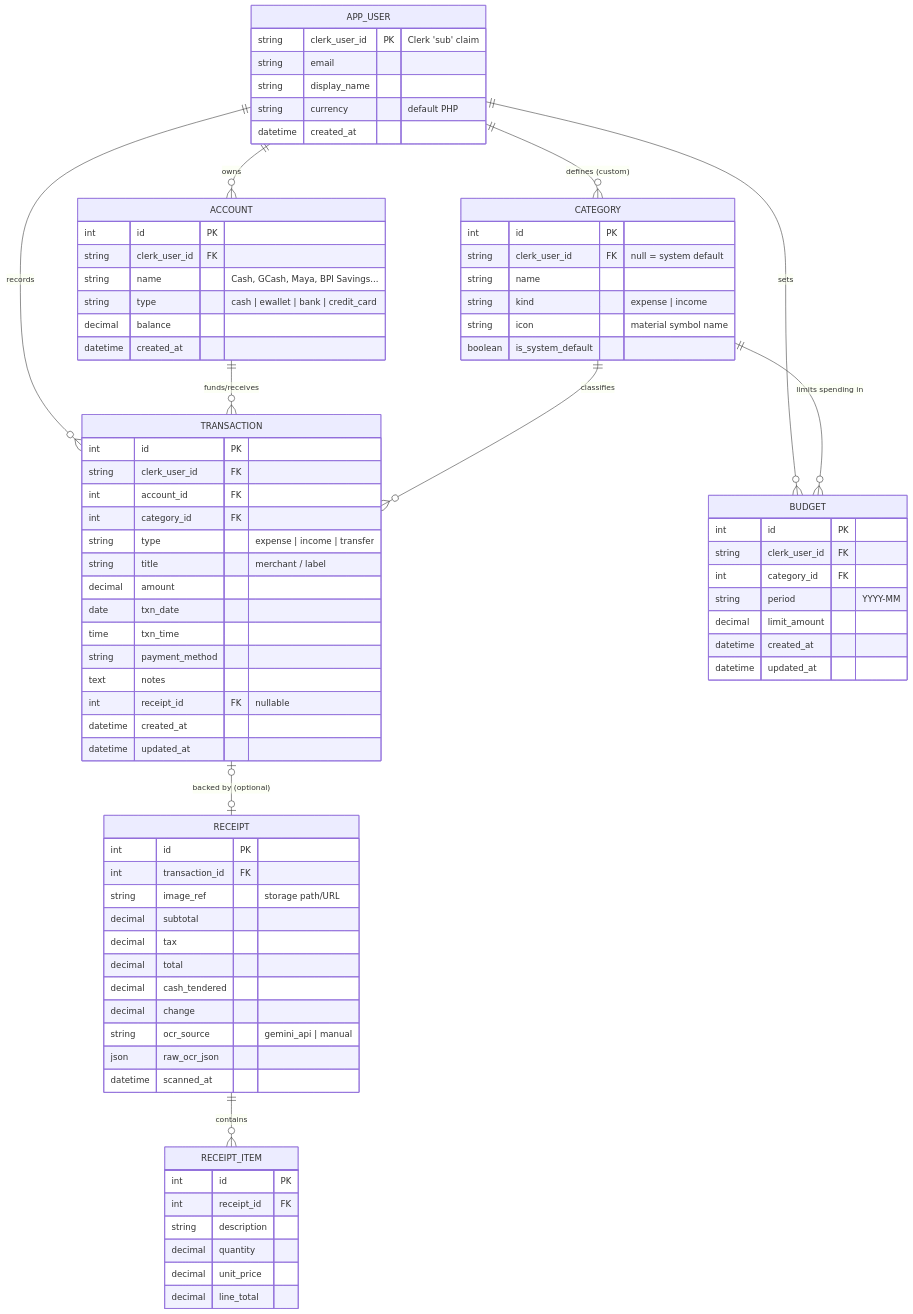
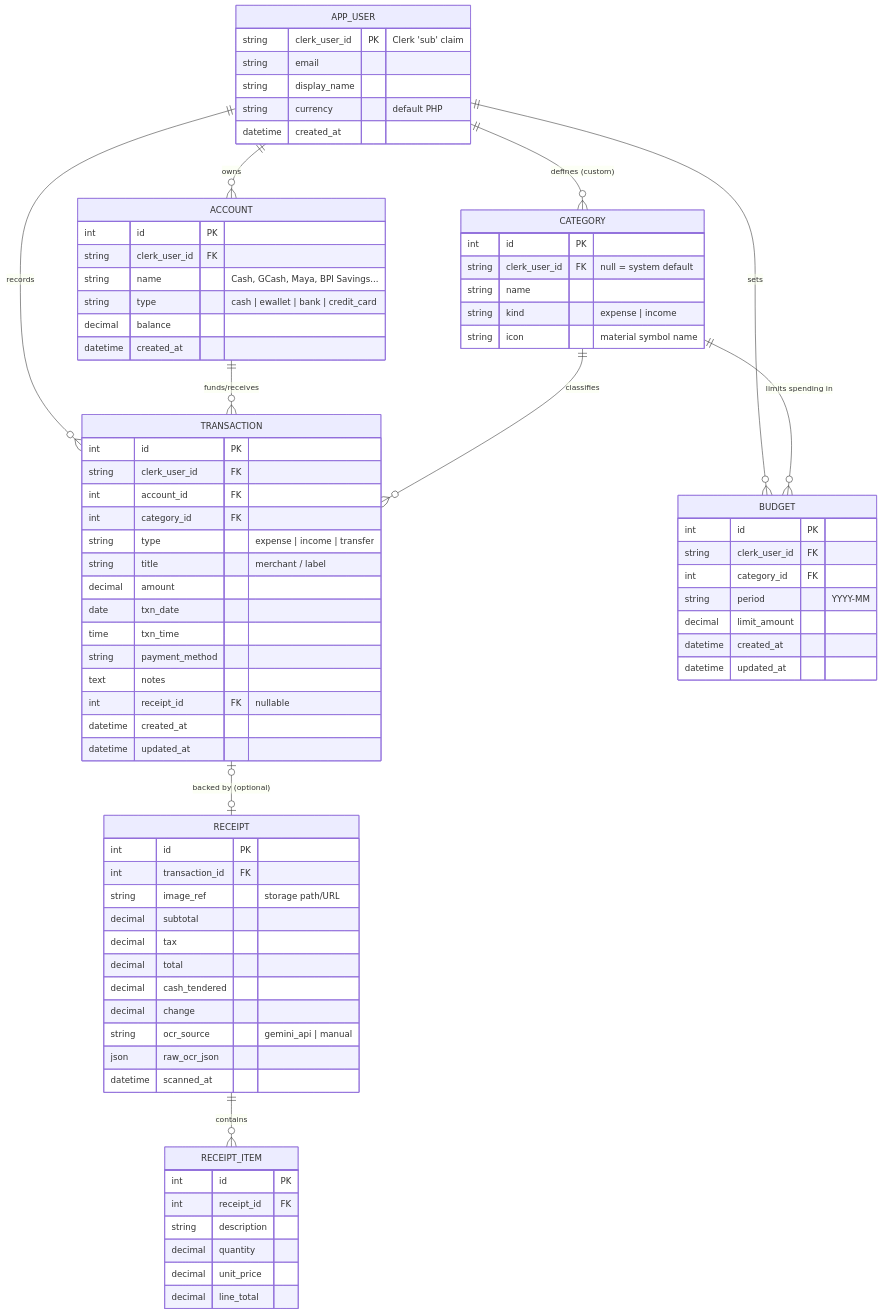
Before and after one commit to WWH16/AntTipid: the fourth of 5 diagrams in AntTipid_Backend_Documentation.md, drawn with Mermaid. The commit also changed 5 other files, not shown here.

```diff
--- a/AntTipid_Backend_Documentation.md
+++ b/AntTipid_Backend_Documentation.md
@@ -132,7 +132,6 @@
         string name
         string kind "expense | income"
         string icon "material symbol name"
-        boolean is_system_default
     }
 
     TRANSACTION {
```
